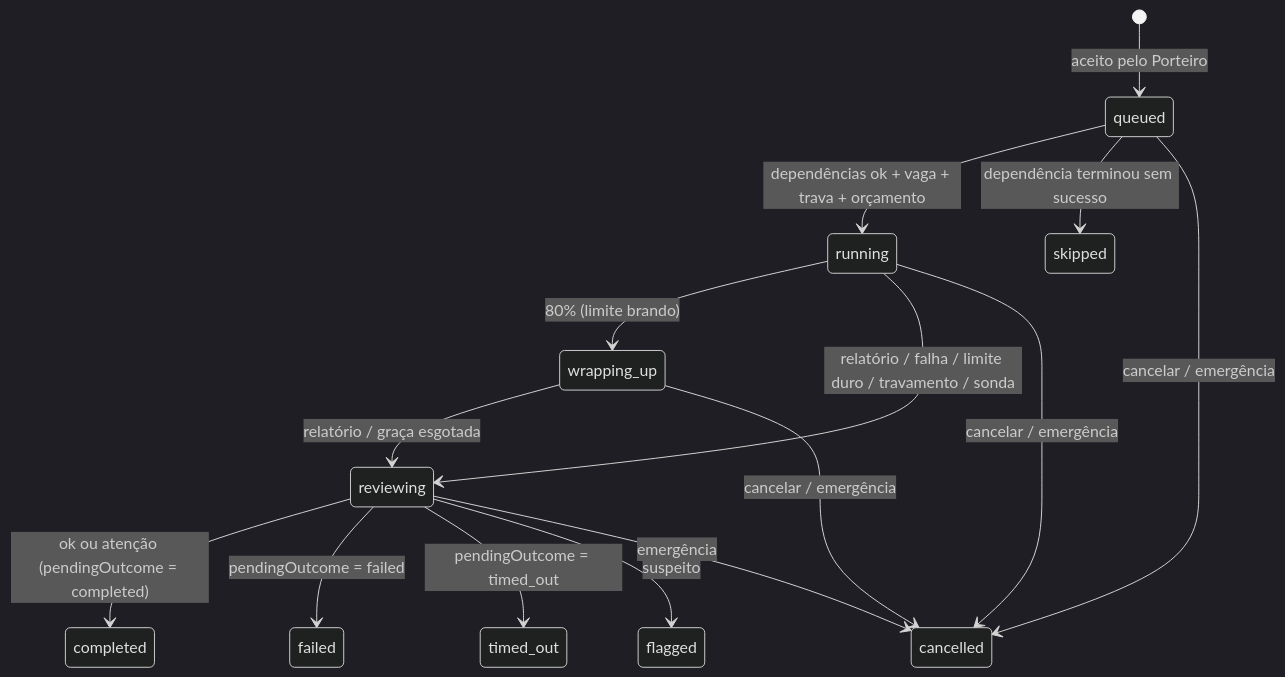
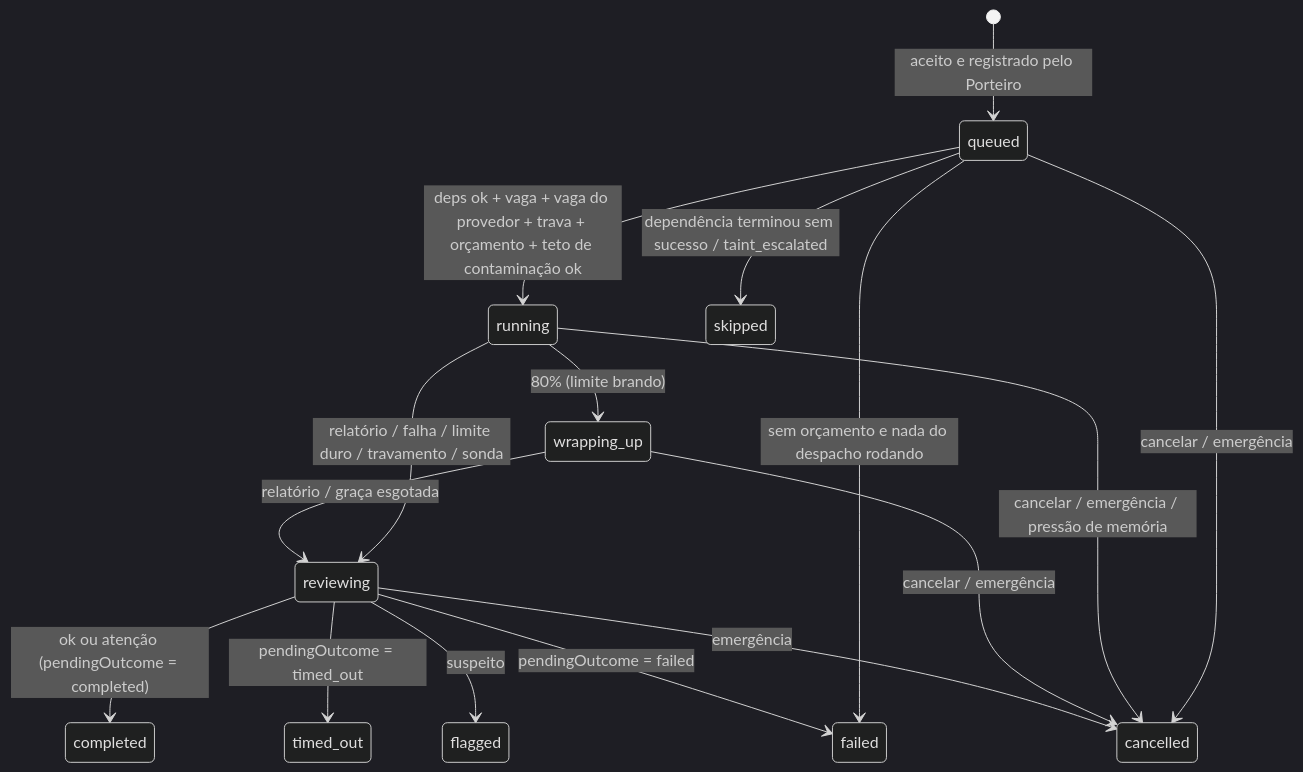
The second of 2 diagrams in docs/rascunhos/algoritmo-subagentes.md (mateussfernando/jesus-ia), drawn with Mermaid (dark theme) before and after one commit. The commit also changed other lines of this file and 3 other files, not shown here.

````diff
--- a/docs/rascunhos/algoritmo-subagentes.md
+++ b/docs/rascunhos/algoritmo-subagentes.md
@@ -674,17 +944,18 @@
 ```mermaid
 stateDiagram-v2
-  [*] --> queued: aceito pelo Porteiro
-  queued --> running: dependências ok + vaga + trava + orçamento
-  queued --> skipped: dependência terminou sem sucesso
+  [*] --> queued: aceito e registrado pelo Porteiro
+  queued --> running: deps ok + vaga + vaga do provedor + trava + orçamento + teto de contaminação ok
+  queued --> skipped: dependência terminou sem sucesso / taint_escalated
+  queued --> failed: sem orçamento e nada do despacho rodando
   queued --> cancelled: cancelar / emergência
   running --> wrapping_up: 80% (limite brando)
   running --> reviewing: relatório / falha / limite duro / travamento / sonda
   wrapping_up --> reviewing: relatório / graça esgotada
-  running --> cancelled: cancelar / emergência
+  running --> cancelled: cancelar / emergência / pressão de memória
   wrapping_up --> cancelled: cancelar / emergência
   reviewing --> completed: ok ou atenção (pendingOutcome = completed)
   reviewing --> failed: pendingOutcome = failed
   reviewing --> timed_out: pendingOutcome = timed_out
   reviewing --> flagged: suspeito
   reviewing --> cancelled: emergência
 ```
````
